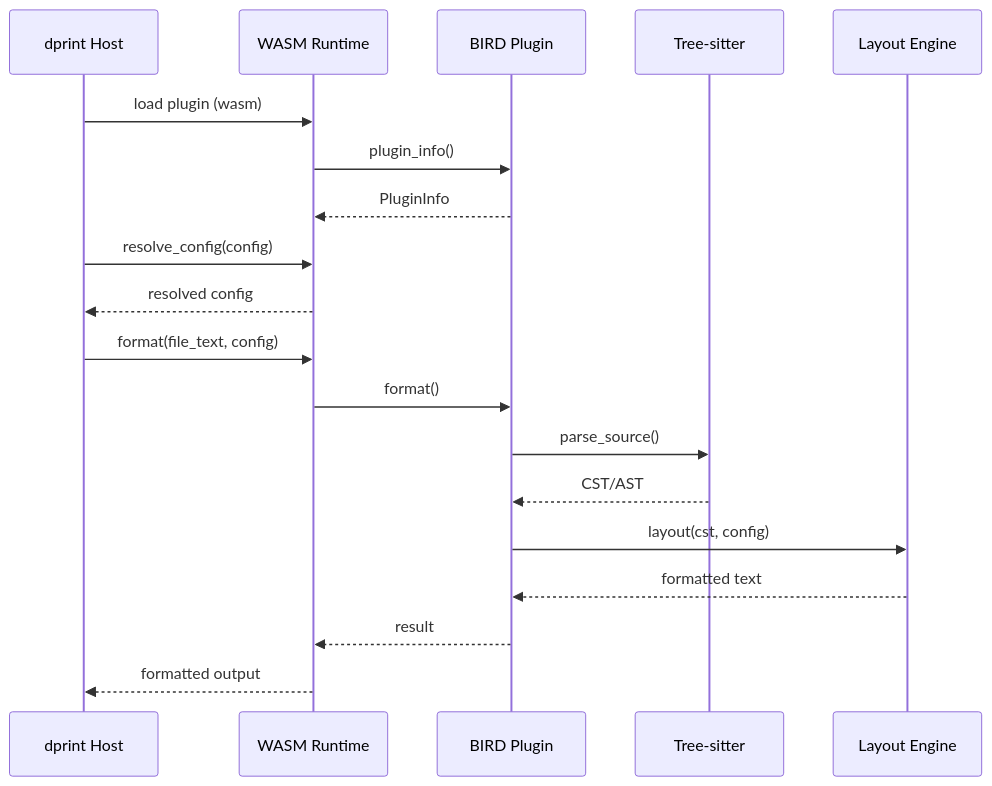
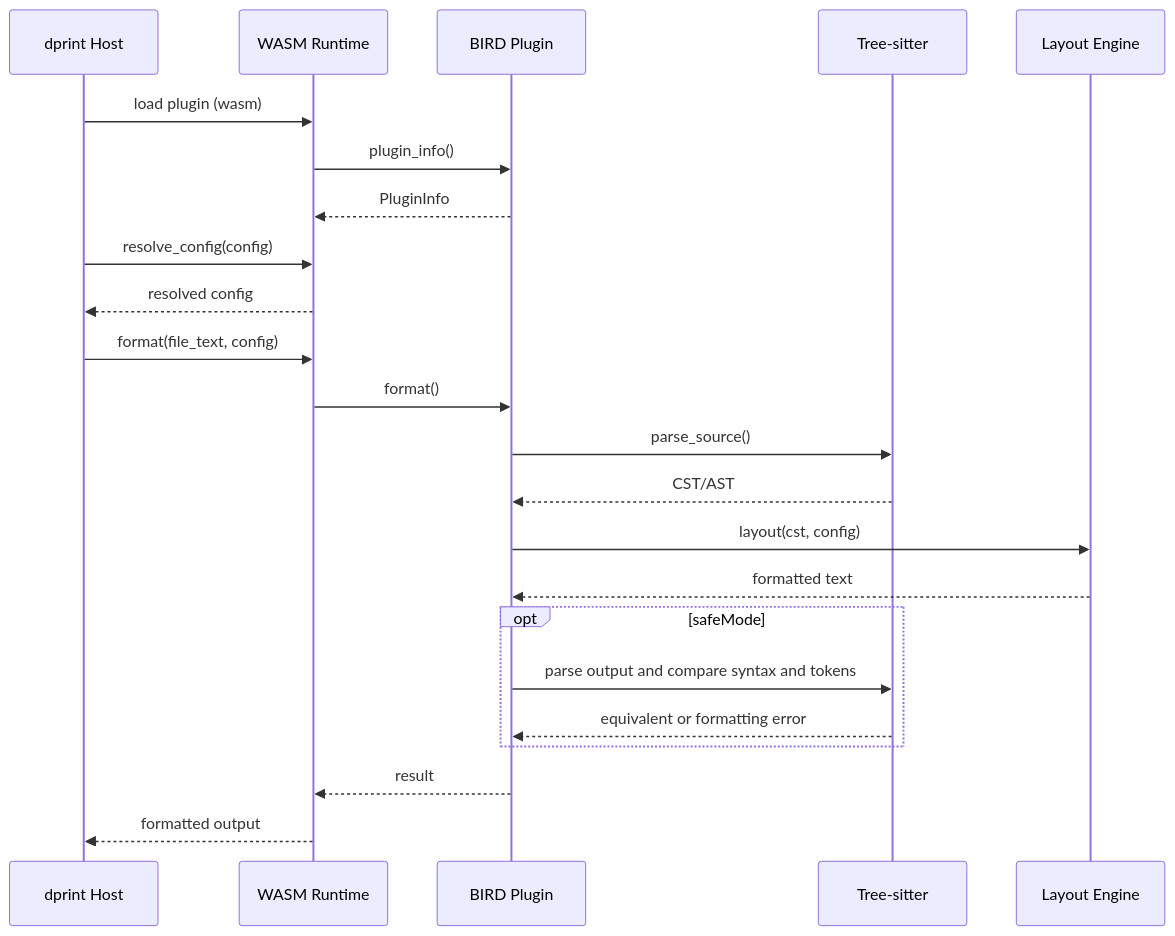
The second of 3 diagrams in packages/@birdcc/dprint-plugin-bird/README.md (bird-chinese-community/BIRD-LSP), drawn with Mermaid before and after one commit. The commit also changed other lines of this file and 22 other files, not shown here.

First line of the commit message:
fix(formatter): Preserve syntax and enforce WASM safe mode (#228)

````diff
--- a/packages/@birdcc/dprint-plugin-bird/README.md
+++ b/packages/@birdcc/dprint-plugin-bird/README.md
@@ -188,23 +191,27 @@
 ```mermaid
 sequenceDiagram
     participant Host as dprint Host
     participant WASM as WASM Runtime
     participant Plugin as BIRD Plugin
     participant Parser as Tree-sitter
     participant Layout as Layout Engine
 
     Host->>WASM: load plugin (wasm)
     WASM->>Plugin: plugin_info()
     Plugin-->>WASM: PluginInfo
     Host->>WASM: resolve_config(config)
     WASM-->>Host: resolved config
 
     Host->>WASM: format(file_text, config)
     WASM->>Plugin: format()
     Plugin->>Parser: parse_source()
     Parser-->>Plugin: CST/AST
     Plugin->>Layout: layout(cst, config)
     Layout-->>Plugin: formatted text
+    opt safeMode
+        Plugin->>Parser: parse output and compare syntax and tokens
+        Parser-->>Plugin: equivalent or formatting error
+    end
     Plugin-->>WASM: result
     WASM-->>Host: formatted output
 ```
````
